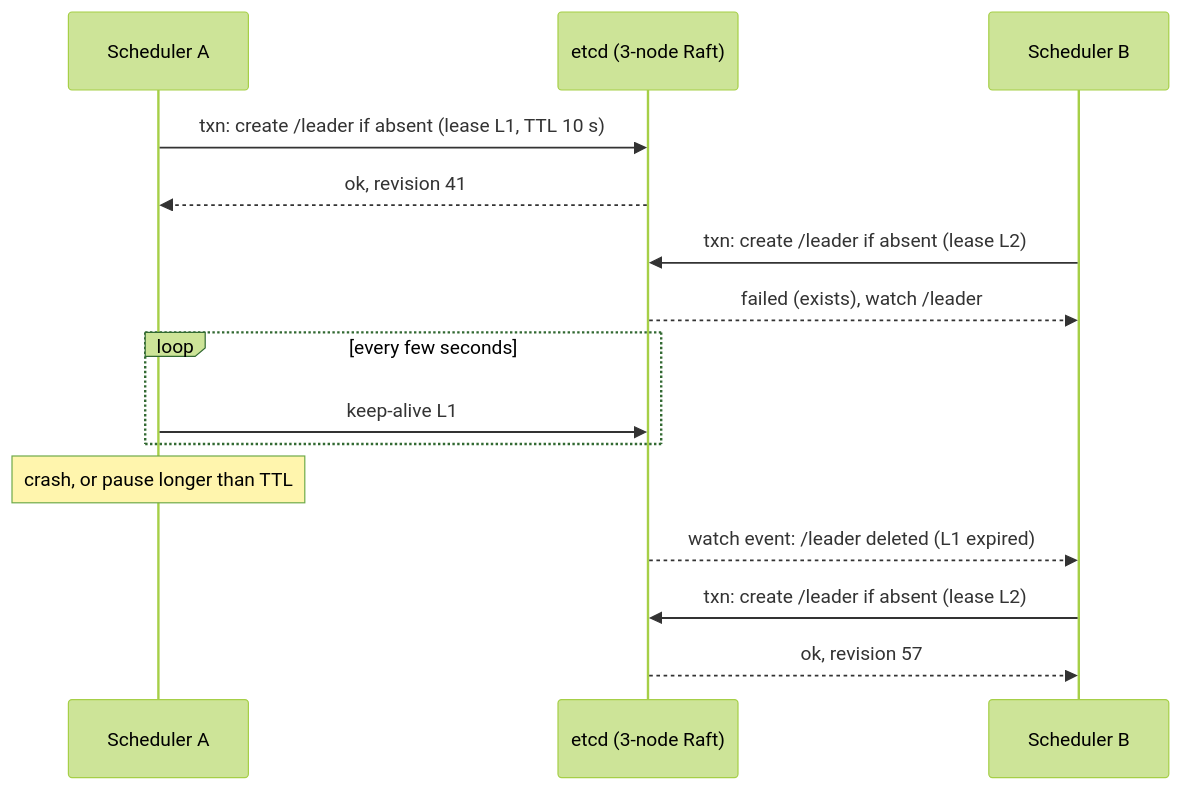
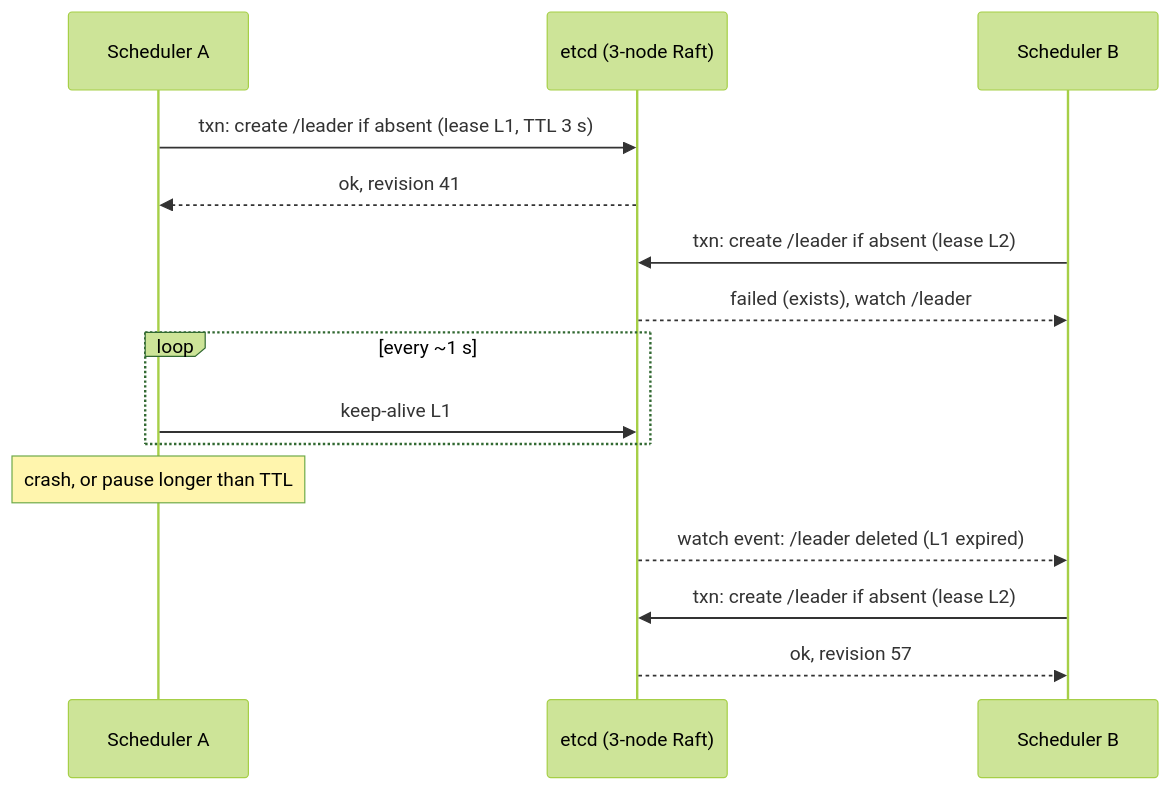
The third of 5 diagrams in course/01-foundations/09-coordination-consensus.md (MSKazemi/system-design-course), drawn with Mermaid (forest theme) before and after one commit. The commit also changed other lines of this file and 108 other files, not shown here.

````diff
--- a/course/01-foundations/09-coordination-consensus.md
+++ b/course/01-foundations/09-coordination-consensus.md
@@ -273,17 +275,17 @@
 ```mermaid
 sequenceDiagram
     participant S1 as Scheduler A
     participant E as etcd (3-node Raft)
     participant S2 as Scheduler B
-    S1->>E: txn: create /leader if absent (lease L1, TTL 10 s)
+    S1->>E: txn: create /leader if absent (lease L1, TTL 3 s)
     E-->>S1: ok, revision 41
     S2->>E: txn: create /leader if absent (lease L2)
     E-->>S2: failed (exists), watch /leader
-    loop every few seconds
+    loop every ~1 s
         S1->>E: keep-alive L1
     end
     Note over S1: crash, or pause longer than TTL
     E-->>S2: watch event: /leader deleted (L1 expired)
     S2->>E: txn: create /leader if absent (lease L2)
     E-->>S2: ok, revision 57
 ```
````
